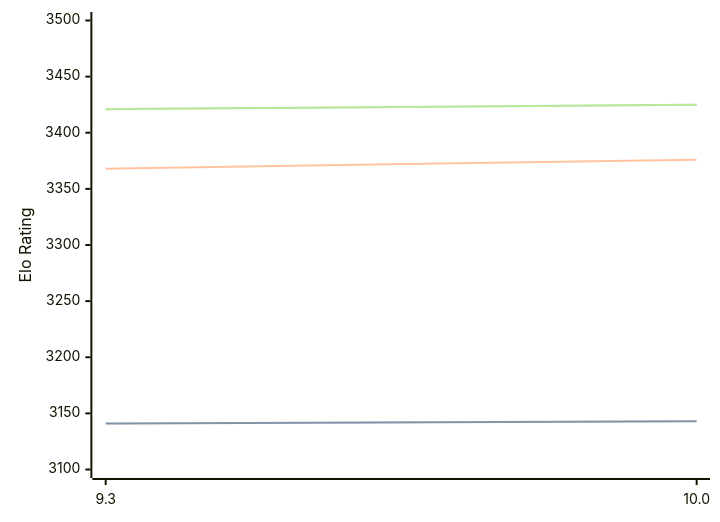
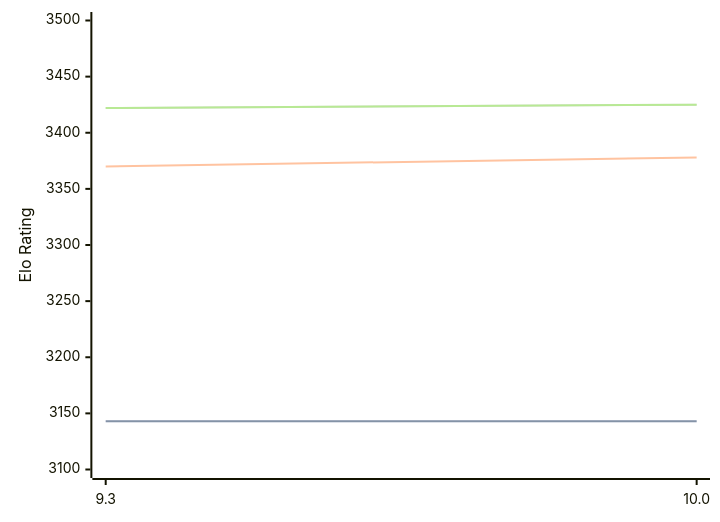
One commit to computer-chess-index/cci changed the diagram in engines/Fire.md. Above: the diagram before and after it, drawn with Mermaid. The commit also changed other lines of this file, not shown here.

Commit message:
Update CCI Ratings (ELO VLTC) - 2026-08-21

````diff
--- a/engines/Fire.md
+++ b/engines/Fire.md
@@ -32,11 +32,11 @@
 ```mermaid
 %%{init: {"theme":"base","themeVariables":{"seriesColors:['#a3a3a3','#222221','#faa371']}}}%%
 xychart-beta
   x-axis ["9.3", "10.0"]
   y-axis "Elo Rating" 3100 --> 3500
-  line "STC (8.0+0.08s)" [3141, 3143]
-  line "STC (8.0+0.08s)" [3141, 3143]
-  line "LTC (60.0+0.60s)" [3368, 3376]
-  line "VLTC (2m24s+1.12s)" [3421, 3425]
-  line "VLTC (2m24s+1.12s)" [3421, 3425]
+  line "STC (8.0+0.08s)" [3143, 3143]
+  line "STC (8.0+0.08s)" [3143, 3143]
+  line "LTC (60.0+0.60s)" [3370, 3378]
+  line "VLTC (2m24s+1.12s)" [3422, 3425]
+  line "VLTC (2m24s+1.12s)" [3422, 3425]
 ```
````
